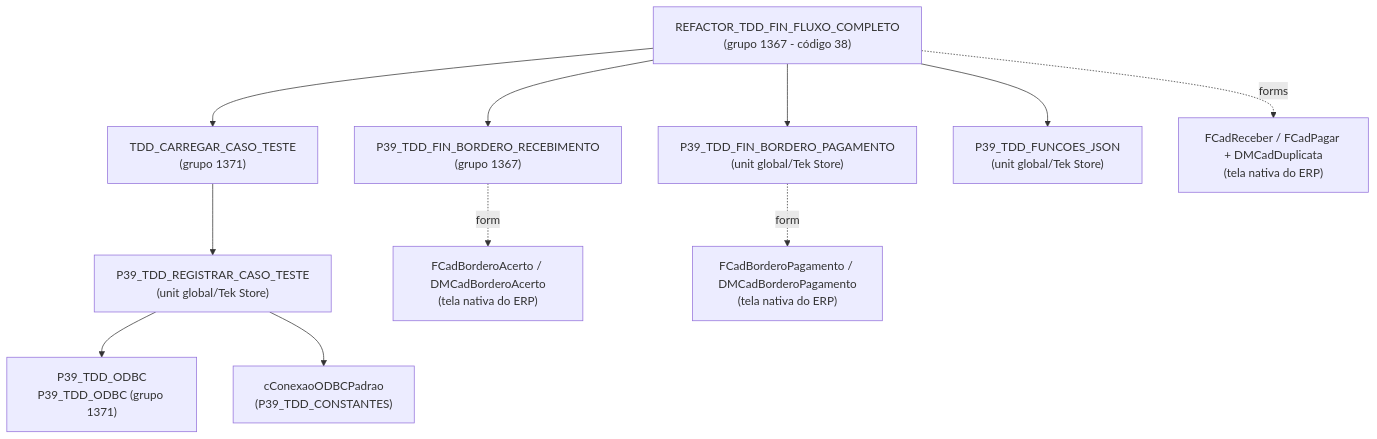
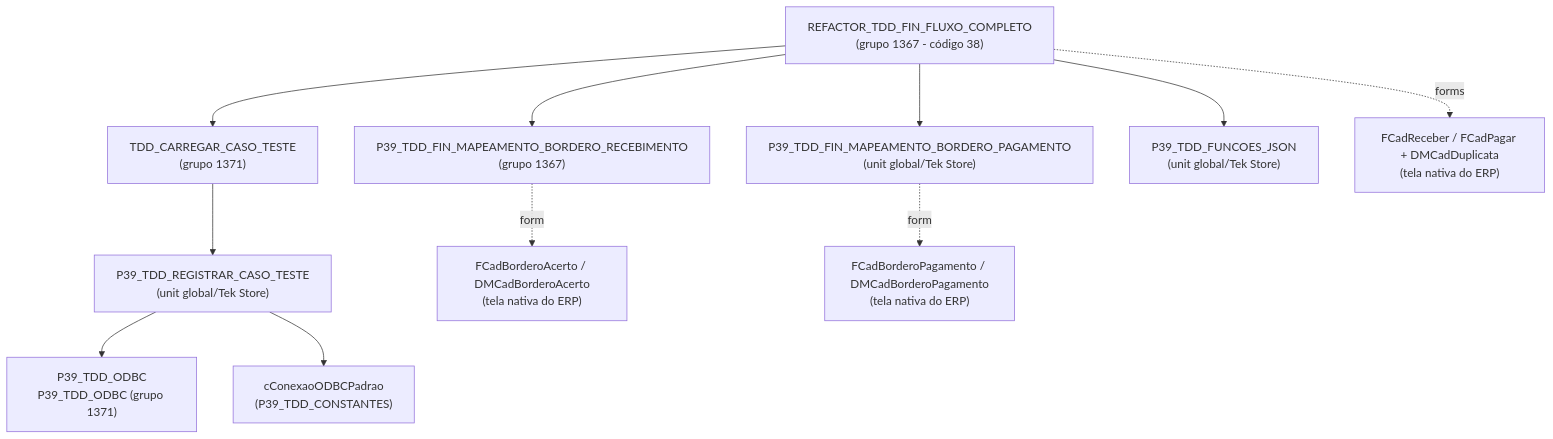
The first of 2 diagrams in docs/MAPEAMENTO_AST_USES_UNITS/historico/financeiro/REFACTOR_TDD_FIN_FLUXO_COMPLETO.md (ModulosTestesAutomatizados/TestesAutomatizadosERP), drawn with Mermaid before and after one commit. The commit also changed other lines of this file and 19 other files, not shown here.

````diff
--- a/docs/MAPEAMENTO_AST_USES_UNITS/historico/financeiro/REFACTOR_TDD_FIN_FLUXO_COMPLETO.md
+++ b/docs/MAPEAMENTO_AST_USES_UNITS/historico/financeiro/REFACTOR_TDD_FIN_FLUXO_COMPLETO.md
@@ -13,15 +13,15 @@
 ```mermaid
 graph TD
     A["REFACTOR_TDD_FIN_FLUXO_COMPLETO<br/>(grupo 1367 - código 38)"] --> B["TDD_CARREGAR_CASO_TESTE<br/>(grupo 1371)"]
-    A --> C["P39_TDD_FIN_BORDERO_RECEBIMENTO<br/>(grupo 1367)"]
-    A --> D["P39_TDD_FIN_BORDERO_PAGAMENTO<br/>(unit global/Tek Store)"]
+    A --> C["P39_TDD_FIN_MAPEAMENTO_BORDERO_RECEBIMENTO<br/>(grupo 1367)"]
+    A --> D["P39_TDD_FIN_MAPEAMENTO_BORDERO_PAGAMENTO<br/>(unit global/Tek Store)"]
     A --> E["P39_TDD_FUNCOES_JSON<br/>(unit global/Tek Store)"]
 
     B --> F["P39_TDD_REGISTRAR_CASO_TESTE<br/>(unit global/Tek Store)"]
     F --> G["P39_TDD_ODBC<br/>P39_TDD_ODBC (grupo 1371)"]
     F --> H["cConexaoODBCPadrao<br/>(P39_TDD_CONSTANTES)"]
 
     C -.->|form| I["FCadBorderoAcerto / DMCadBorderoAcerto<br/>(tela nativa do ERP)"]
     D -.->|form| J["FCadBorderoPagamento / DMCadBorderoPagamento<br/>(tela nativa do ERP)"]
     A -.->|forms| K["FCadReceber / FCadPagar + DMCadDuplicata<br/>(tela nativa do ERP)"]
 ```
````
